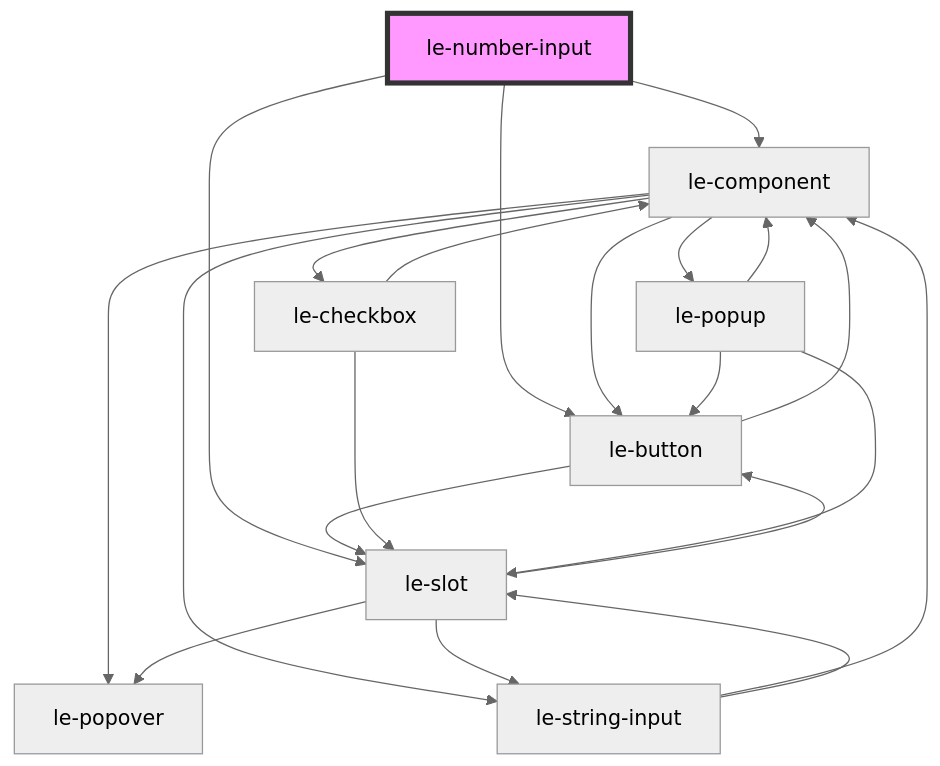
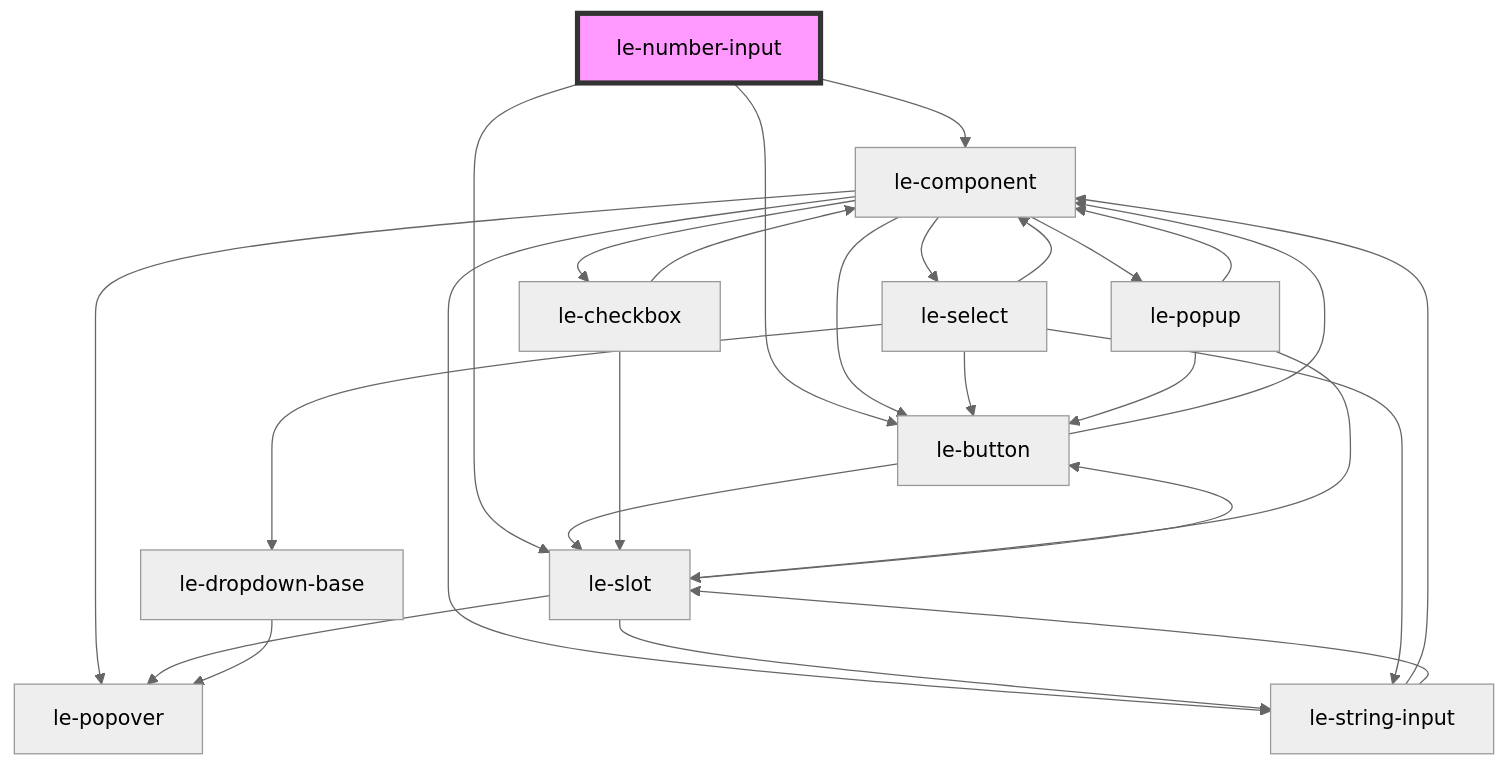
Before and after one commit to leechy/le-kit: the diagram in src/components/le-number-input/readme.md, drawn with Mermaid (neutral theme). The commit also changed 25 other files, not shown here.

Commit message:
Fix for the <le-popover> to have nested popovers (like <le-select>

````diff
--- a/src/components/le-number-input/readme.md
+++ b/src/components/le-number-input/readme.md
@@ -57,24 +57,30 @@
 ```mermaid
 graph TD;
   le-number-input --> le-component
   le-number-input --> le-button
   le-number-input --> le-slot
   le-component --> le-button
+  le-component --> le-select
   le-component --> le-checkbox
   le-component --> le-string-input
   le-component --> le-popover
   le-component --> le-popup
   le-button --> le-component
   le-button --> le-slot
   le-slot --> le-popover
   le-slot --> le-button
   le-slot --> le-string-input
   le-string-input --> le-component
   le-string-input --> le-slot
+  le-select --> le-component
+  le-select --> le-dropdown-base
+  le-select --> le-button
+  le-select --> le-string-input
+  le-dropdown-base --> le-popover
   le-checkbox --> le-component
   le-checkbox --> le-slot
   le-popup --> le-slot
   le-popup --> le-button
   le-popup --> le-component
   style le-number-input fill:#f9f,stroke:#333,stroke-width:4px
 ```
````
